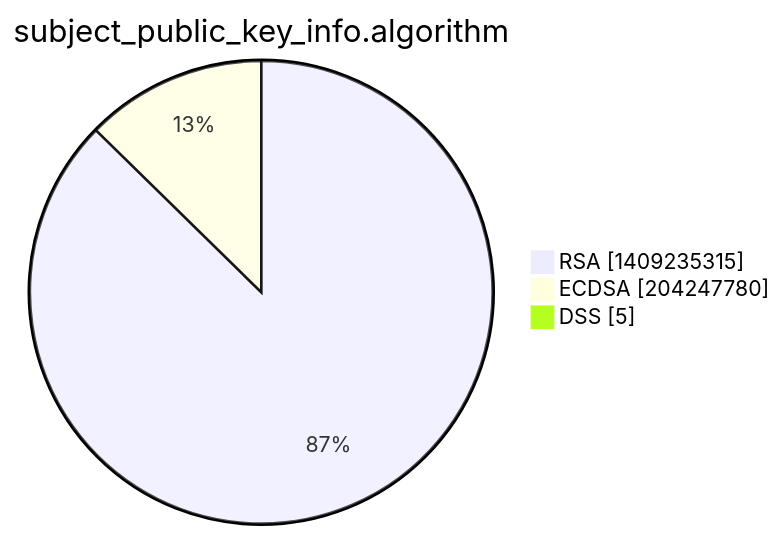
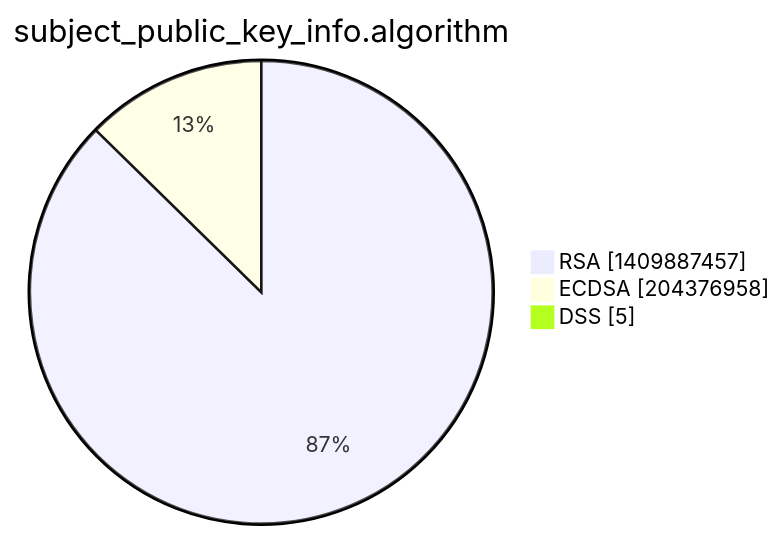
One commit to christiankrug/ctmonitor_visualization changed the third of 15 diagrams in xenon2022/README.md. Above: the diagram before and after it, drawn with Mermaid. The commit also changed other lines of this file, not shown here.

````diff
--- a/xenon2022/README.md
+++ b/xenon2022/README.md
@@ -14,7 +14,7 @@
 ```mermaid
 pie showData
 title subject_public_key_info.algorithm
-"RSA" :1409235315
-"ECDSA" :204247780
+"RSA" :1409887457
+"ECDSA" :204376958
 "DSS" :5
 ```
````
